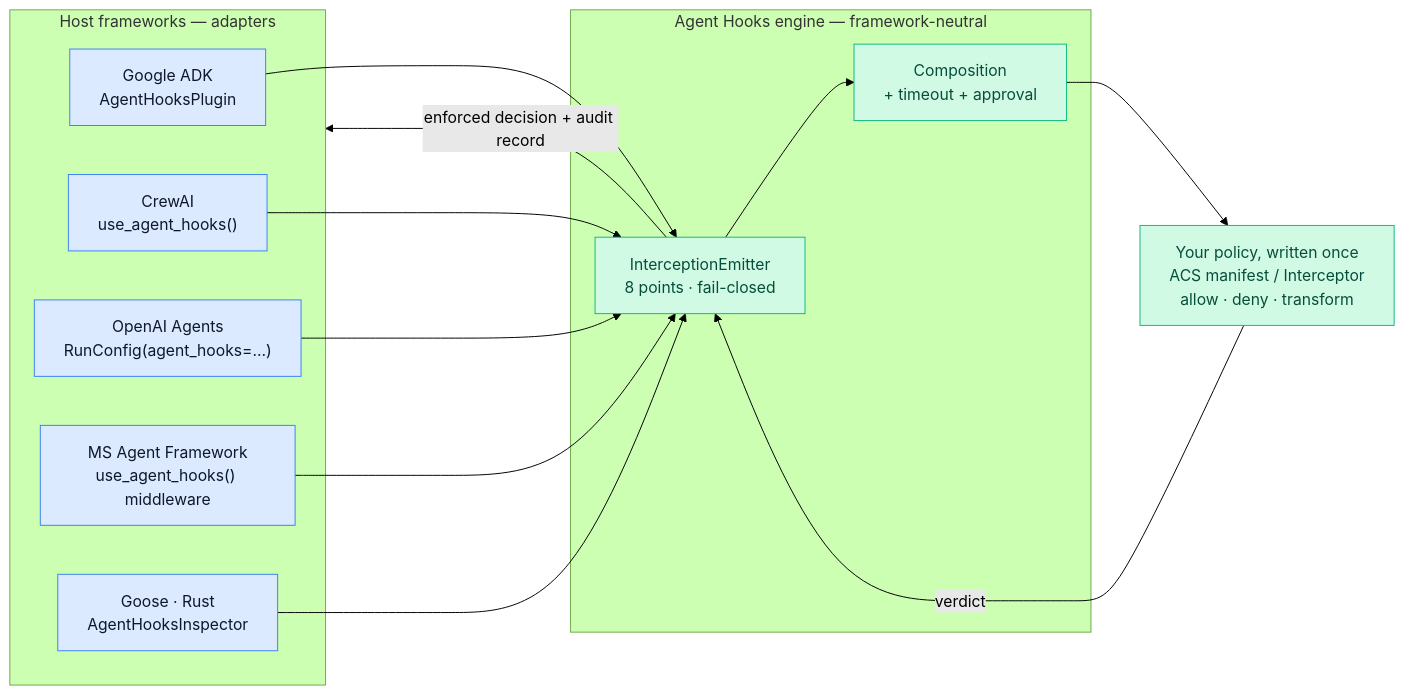
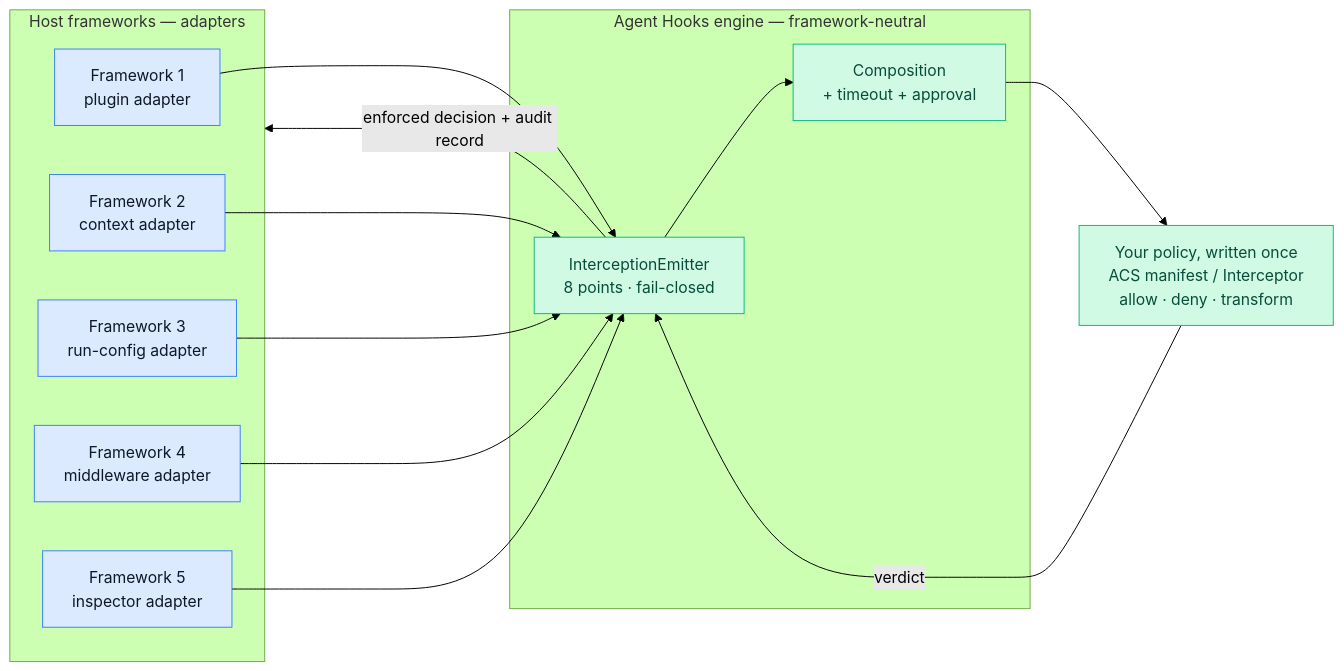
Before and after one commit to prayagupa/agent-hooks: the first of 3 diagrams in docs/agent-hooks-in-5-minutes.md, drawn with Mermaid (forest theme). The commit also changed other lines of this file, not shown here.

Commit message:
docs: update framework placeholders

````diff
--- a/docs/agent-hooks-in-5-minutes.md
+++ b/docs/agent-hooks-in-5-minutes.md
@@ -139,31 +141,31 @@
 ```mermaid
 flowchart LR
     subgraph Hosts["Host frameworks — adapters"]
-        ADK["Google ADK<br/>AgentHooksPlugin"]
-        Crew["CrewAI<br/>use_agent_hooks()"]
-        OAI["OpenAI Agents<br/>RunConfig(agent_hooks=…)"]
-        MAF["MS Agent Framework<br/>use_agent_hooks() middleware"]
-        Goose["Goose · Rust<br/>AgentHooksInspector"]
+  Host1["Framework 1<br/>plugin adapter"]
+  Host2["Framework 2<br/>context adapter"]
+  Host3["Framework 3<br/>run-config adapter"]
+  Host4["Framework 4<br/>middleware adapter"]
+  Host5["Framework 5<br/>inspector adapter"]
     end
 
     subgraph Engine["Agent Hooks engine — framework-neutral"]
         Emit["InterceptionEmitter<br/>8 points · fail-closed"]
         Comp["Composition<br/>+ timeout + approval"]
     end
 
     Policy["Your policy, written once<br/>ACS manifest / Interceptor<br/>allow · deny · transform"]
 
-    ADK --> Emit
-    Crew --> Emit
-    OAI --> Emit
-    MAF --> Emit
-    Goose --> Emit
+    Host1 --> Emit
+    Host2 --> Emit
+    Host3 --> Emit
+    Host4 --> Emit
+    Host5 --> Emit
     Emit --> Comp --> Policy
     Policy -->|verdict| Emit
     Emit -->|enforced decision + audit record| Hosts
 
     classDef host fill:#dbeafe,stroke:#3b82f6,color:#0f172a;
     classDef hooks fill:#d1fae5,stroke:#10b981,color:#064e3b;
-    class ADK,Crew,OAI,MAF,Goose host;
+    class Host1,Host2,Host3,Host4,Host5 host;
     class Emit,Comp,Policy hooks;
 ```
````
